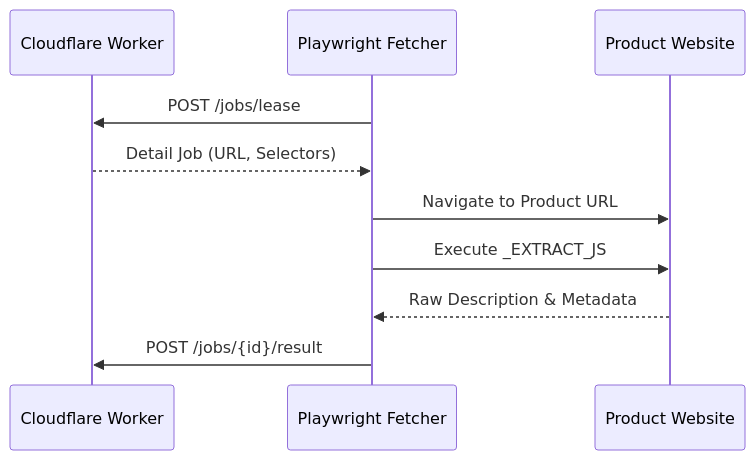
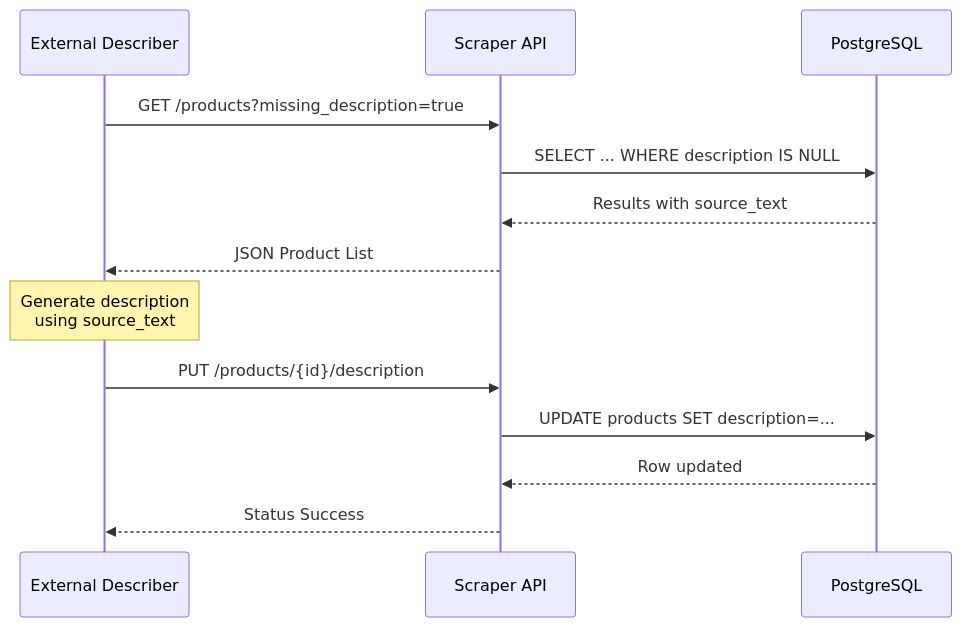
Before and after one commit to Avkroken/Produkter: the second of 2 diagrams in .cubic/wiki/03-section-features/05-feature-enrich.md, drawn with Mermaid. The commit also changed other lines of this file and 46 other files, not shown here.

````diff
--- a/.cubic/wiki/03-section-features/05-feature-enrich.md
+++ b/.cubic/wiki/03-section-features/05-feature-enrich.md
@@ -91,13 +109,16 @@
 ```mermaid
 sequenceDiagram
-    participant Engine as Cloudflare Worker
-    participant Fetcher as Playwright Fetcher
-    participant Site as Product Website
+    participant Ext as External Describer
+    participant API as Scraper API
+    participant DB as PostgreSQL
     
-    Fetcher->>Engine: POST /jobs/lease
-    Engine-->>Fetcher: Detail Job (URL, Selectors)
-    Fetcher->>Site: Navigate to Product URL
-    Fetcher->>Site: Execute _EXTRACT_JS
-    Site-->>Fetcher: Raw Description & Metadata
-    Fetcher->>Engine: POST /jobs/{id}/result
+    Ext->>API: GET /products?missing_description=true
+    API->>DB: SELECT ... WHERE description IS NULL
+    DB-->>API: Results with source_text
+    API-->>Ext: JSON Product List
+    Note over Ext: Generate description<br/>using source_text
+    Ext->>API: PUT /products/{id}/description
+    API->>DB: UPDATE products SET description=...
+    DB-->>API: Row updated
+    API-->>Ext: Status Success
 ```
````
